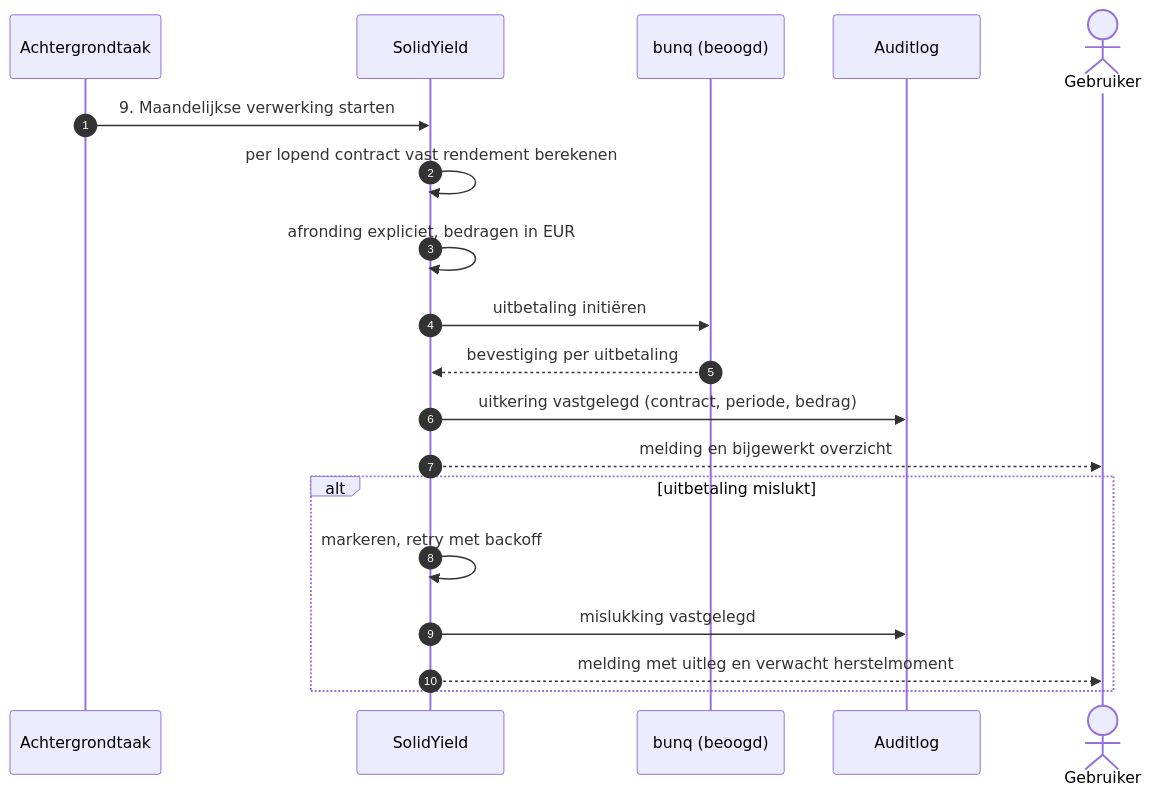
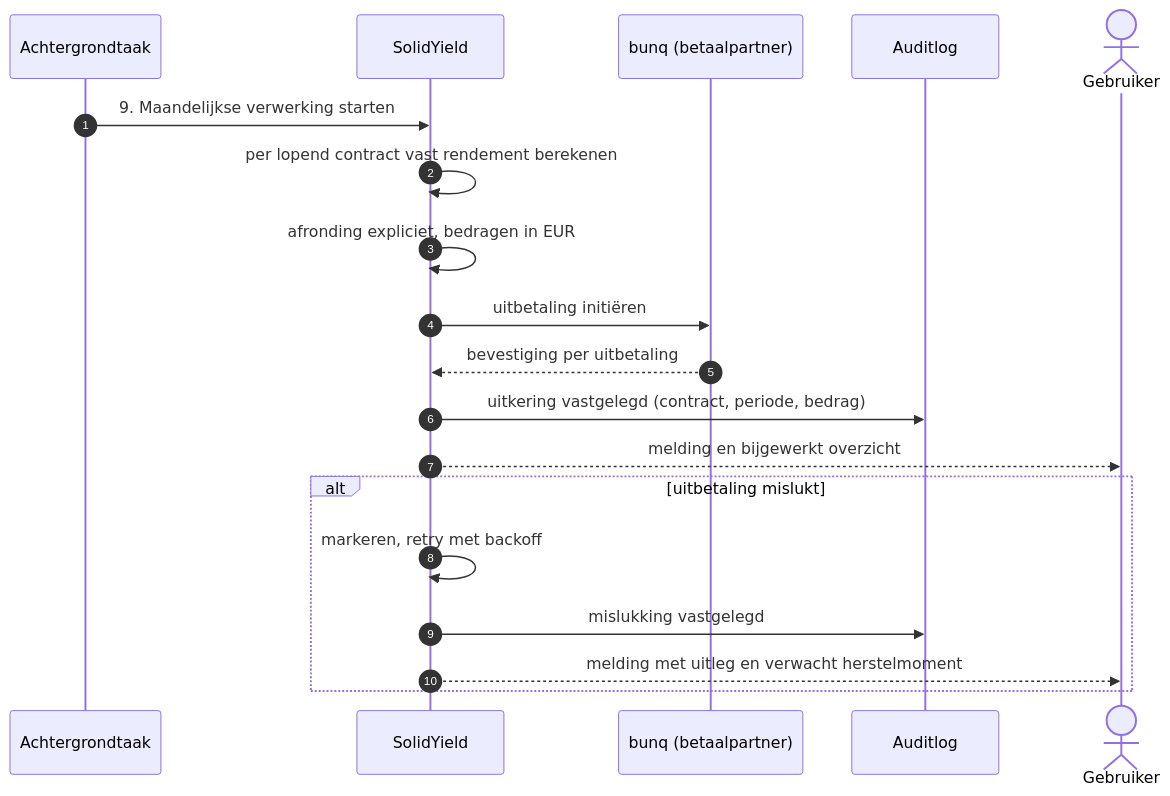
One commit to WildcatKSS/SolidYield changed the fifth of 7 diagrams in docs/architecture/adr/0008-geld-en-contractstroom.md. Above: the diagram before and after it, drawn with Mermaid. The commit also changed other lines of this file and 13 other files, not shown here.

````diff
--- a/docs/architecture/adr/0008-geld-en-contractstroom.md
+++ b/docs/architecture/adr/0008-geld-en-contractstroom.md
@@ -198,23 +211,23 @@
 ```mermaid
 sequenceDiagram
     autonumber
     participant JOB as Achtergrondtaak
     participant SY as SolidYield
-    participant B as bunq (beoogd)
+    participant B as bunq (betaalpartner)
     participant AUD as Auditlog
     actor G as Gebruiker
 
     JOB->>SY: 9. Maandelijkse verwerking starten
     SY->>SY: per lopend contract vast rendement berekenen
     SY->>SY: afronding expliciet, bedragen in EUR
     SY->>B: uitbetaling initiëren
     B-->>SY: bevestiging per uitbetaling
     SY->>AUD: uitkering vastgelegd (contract, periode, bedrag)
     SY-->>G: melding en bijgewerkt overzicht
 
     alt uitbetaling mislukt
         SY->>SY: markeren, retry met backoff
         SY->>AUD: mislukking vastgelegd
         SY-->>G: melding met uitleg en verwacht herstelmoment
     end
 ```
````
